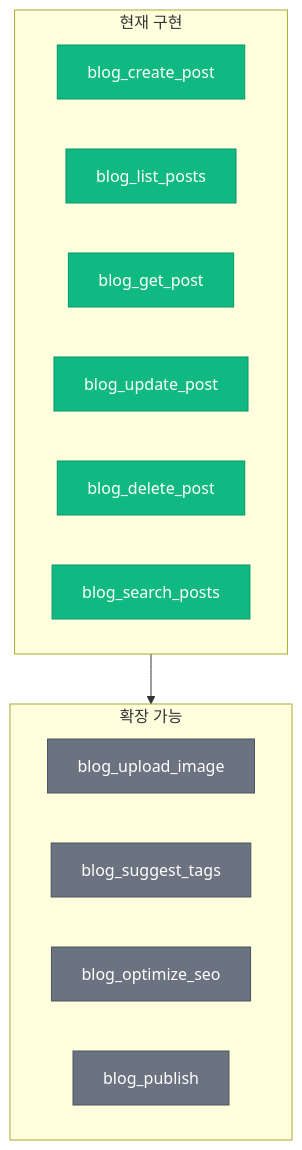
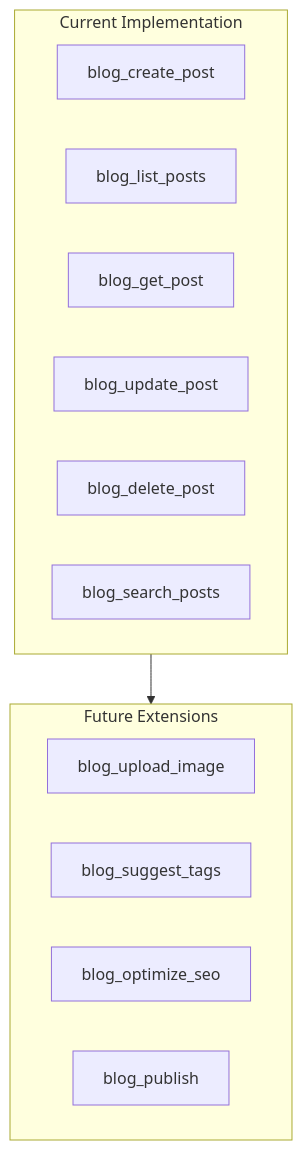
One commit to yarang/blogs changed the fifth of 5 diagrams in content/ko/post/2026-02-21-004-mcp-blog-automation.md. Above: the diagram before and after it, drawn with Mermaid. The commit also changed other lines of this file and 3 other files, not shown here.

First line of the commit message:
Simplify Mermaid diagrams for web compatibility

````diff
--- a/content/ko/post/2026-02-21-004-mcp-blog-automation.md
+++ b/content/ko/post/2026-02-21-004-mcp-blog-automation.md
@@ -243,23 +235,20 @@
 ```mermaid
 flowchart TB
-    classDef current fill:#10B981,stroke:#059669,color:#fff
-    classDef future fill:#6B7280,stroke:#4B5563,color:#fff
-
-    subgraph Current["현재 구현"]
-        C1["blog_create_post"]:::current
-        C2["blog_list_posts"]:::current
-        C3["blog_get_post"]:::current
-        C4["blog_update_post"]:::current
-        C5["blog_delete_post"]:::current
-        C6["blog_search_posts"]:::current
+    subgraph Current[Current Implementation]
+        C1[blog_create_post]
+        C2[blog_list_posts]
+        C3[blog_get_post]
+        C4[blog_update_post]
+        C5[blog_delete_post]
+        C6[blog_search_posts]
     end
 
-    subgraph Future["확장 가능"]
-        F1["blog_upload_image"]:::future
-        F2["blog_suggest_tags"]:::future
-        F3["blog_optimize_seo"]:::future
-        F4["blog_publish"]:::future
+    subgraph Future[Future Extensions]
+        F1[blog_upload_image]
+        F2[blog_suggest_tags]
+        F3[blog_optimize_seo]
+        F4[blog_publish]
     end
 
     Current --> Future
 ```
````
